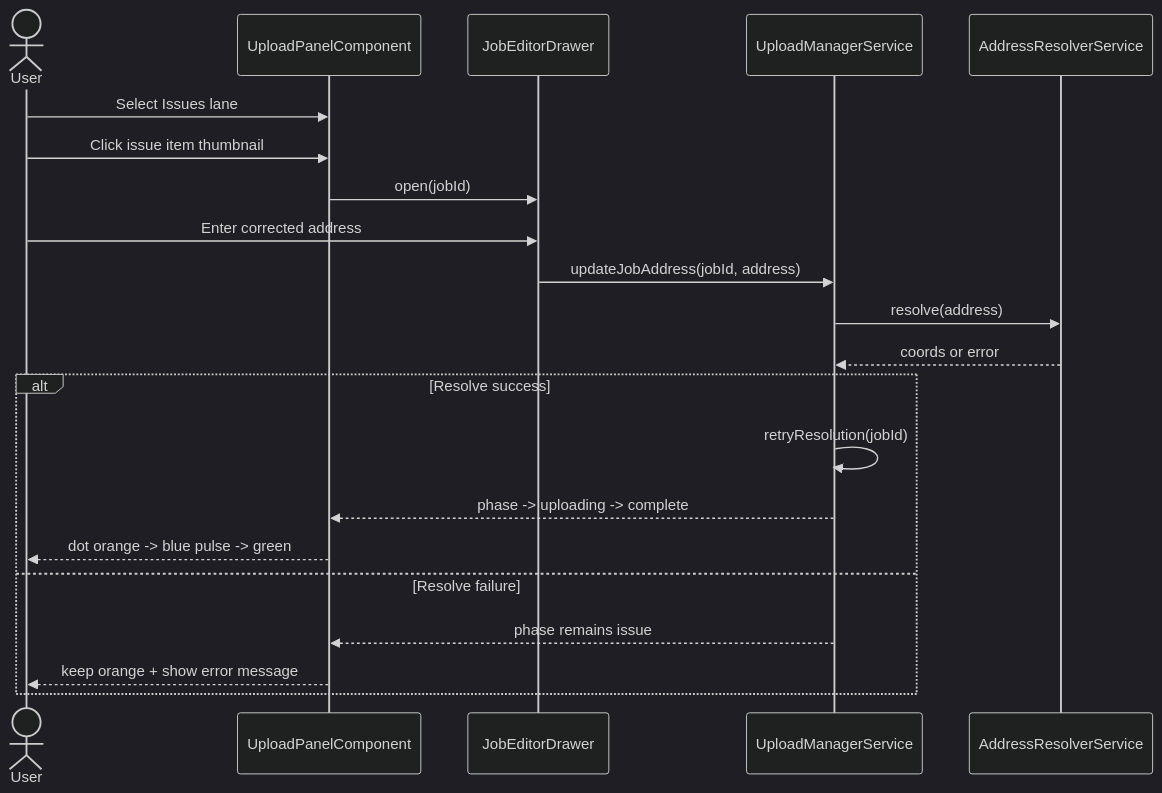
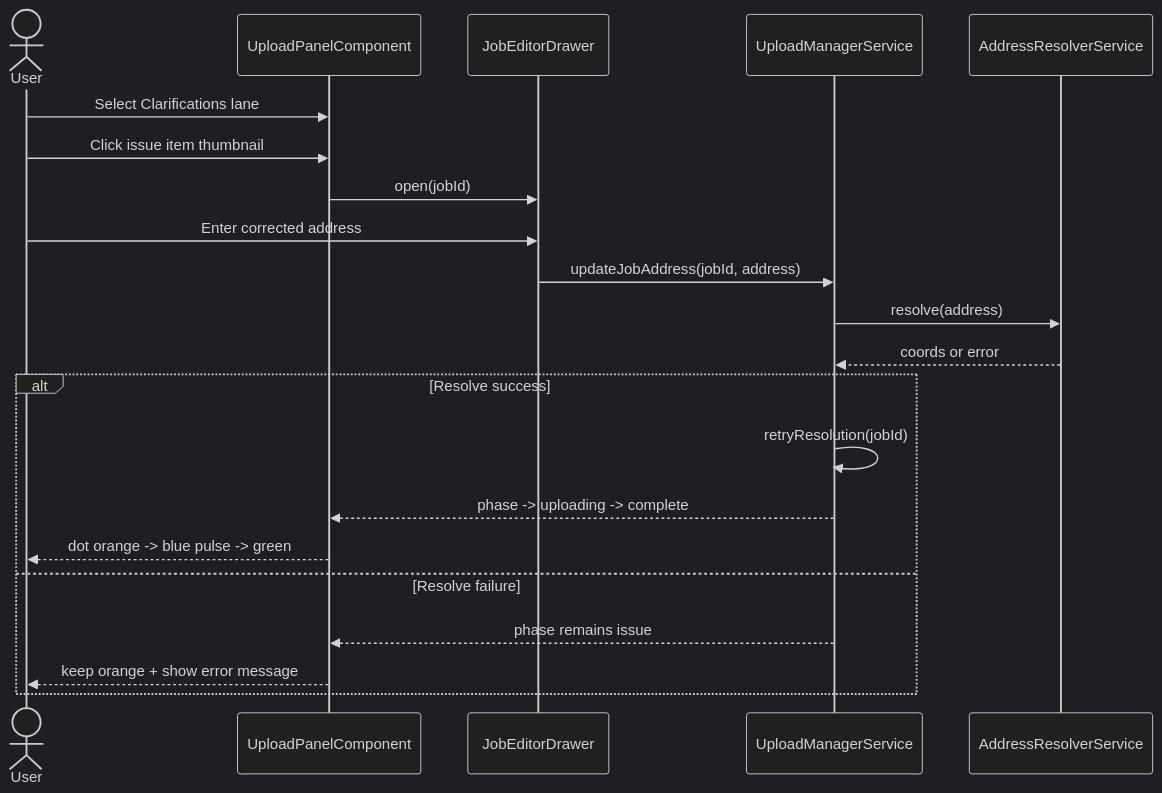
One commit to matkleve/feldpost changed the sixth of 9 diagrams in docs/use-cases/UC-019-upload-panel.md. Above: the diagram before and after it, drawn with Mermaid (dark theme). The commit also changed other lines of this file and 55 other files, not shown here.

First line of the commit message:
refactor: rename the upload lane from issues to clarifications

````diff
--- a/docs/use-cases/UC-019-upload-panel.md
+++ b/docs/use-cases/UC-019-upload-panel.md
@@ -149,25 +149,25 @@
 ```mermaid
 sequenceDiagram
   actor User
   participant Panel as UploadPanelComponent
   participant Editor as JobEditorDrawer
   participant Manager as UploadManagerService
   participant Resolver as AddressResolverService
 
-  User->>Panel: Select Issues lane
+  User->>Panel: Select Clarifications lane
   User->>Panel: Click issue item thumbnail
   Panel->>Editor: open(jobId)
   User->>Editor: Enter corrected address
   Editor->>Manager: updateJobAddress(jobId, address)
   Manager->>Resolver: resolve(address)
   Resolver-->>Manager: coords or error
 
   alt Resolve success
     Manager->>Manager: retryResolution(jobId)
     Manager-->>Panel: phase -> uploading -> complete
     Panel-->>User: dot orange -> blue pulse -> green
   else Resolve failure
     Manager-->>Panel: phase remains issue
     Panel-->>User: keep orange + show error message
   end
 ```
````
